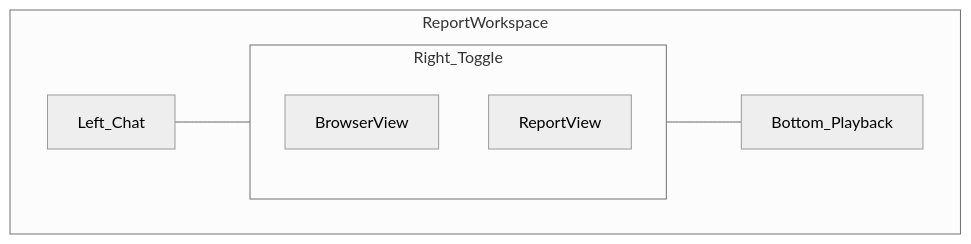
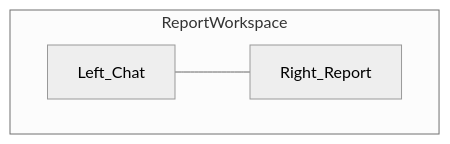
One commit to saadbenryane/FixFlags changed the diagram in ROADMAP.md. Above: the diagram before and after it, drawn with Mermaid (neutral theme). The commit also changed other lines of this file and 27 other files, not shown here.

````diff
--- a/ROADMAP.md
+++ b/ROADMAP.md
@@ -17,13 +16,8 @@
 ```mermaid
 flowchart TB
   subgraph workspace [ReportWorkspace]
     Chat[Left_Chat]
-    subgraph right [Right_Toggle]
-      BrowserView[BrowserView]
-      ReportView[ReportView]
-    end
-    Playback[Bottom_Playback]
+    ReportView[Right_Report]
   end
-  Chat --- right
-  right --- Playback
+  Chat --- ReportView
 ```
````
